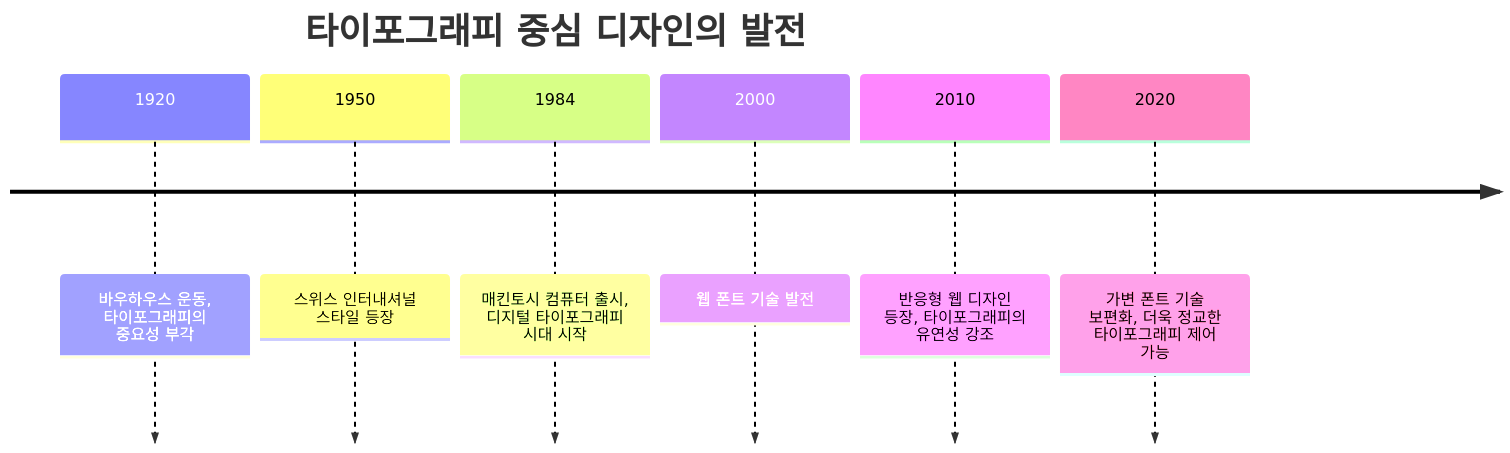
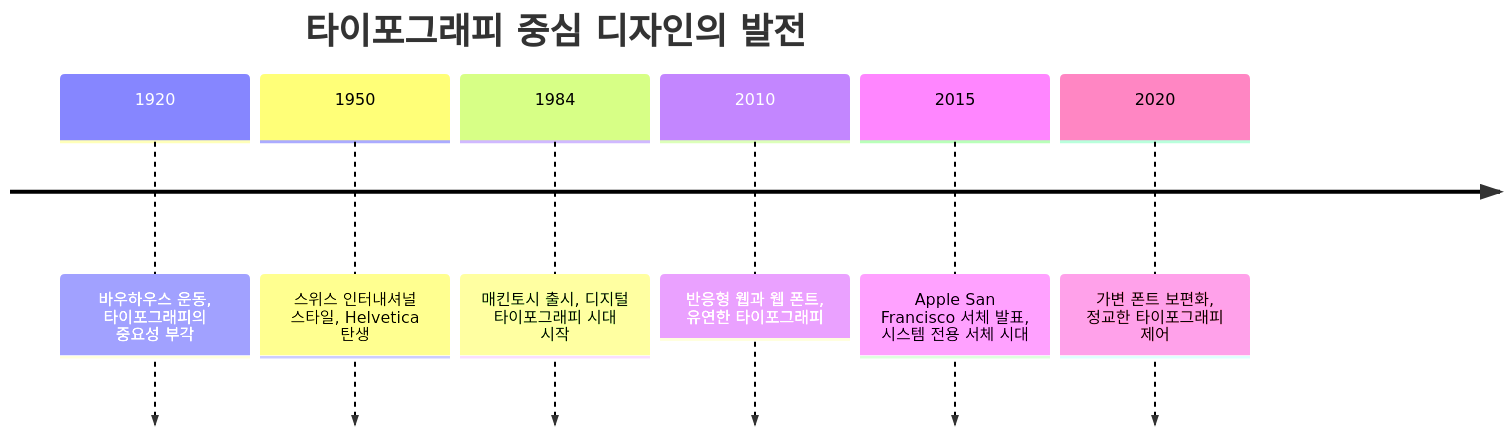
The diagram in _posts/design/style/2024-08-25-typographyCentricDesign.md (saejinpark/saejinpark.github.io), drawn with Mermaid before and after one commit. The commit also changed other lines of this file and 23 other files, not shown here.

```diff
--- a/_posts/design/style/2024-08-25-typographyCentricDesign.md
+++ b/_posts/design/style/2024-08-25-typographyCentricDesign.md
@@ -32,10 +41,10 @@
 <div class="mermaid">
 timeline
   title 타이포그래피 중심 디자인의 발전
   1920 : 바우하우스 운동, 타이포그래피의 중요성 부각
-  1950 : 스위스 인터내셔널 스타일 등장
-  1984 : 매킨토시 컴퓨터 출시, 디지털 타이포그래피 시대 시작
-  2000 : 웹 폰트 기술 발전
-  2010 : 반응형 웹 디자인 등장, 타이포그래피의 유연성 강조
-  2020 : 가변 폰트 기술 보편화, 더욱 정교한 타이포그래피 제어 가능
+  1950 : 스위스 인터내셔널 스타일, Helvetica 탄생
+  1984 : 매킨토시 출시, 디지털 타이포그래피 시대 시작
+  2010 : 반응형 웹과 웹 폰트, 유연한 타이포그래피
+  2015 : Apple San Francisco 서체 발표, 시스템 전용 서체 시대
+  2020 : 가변 폰트 보편화, 정교한 타이포그래피 제어
 </div>
```
